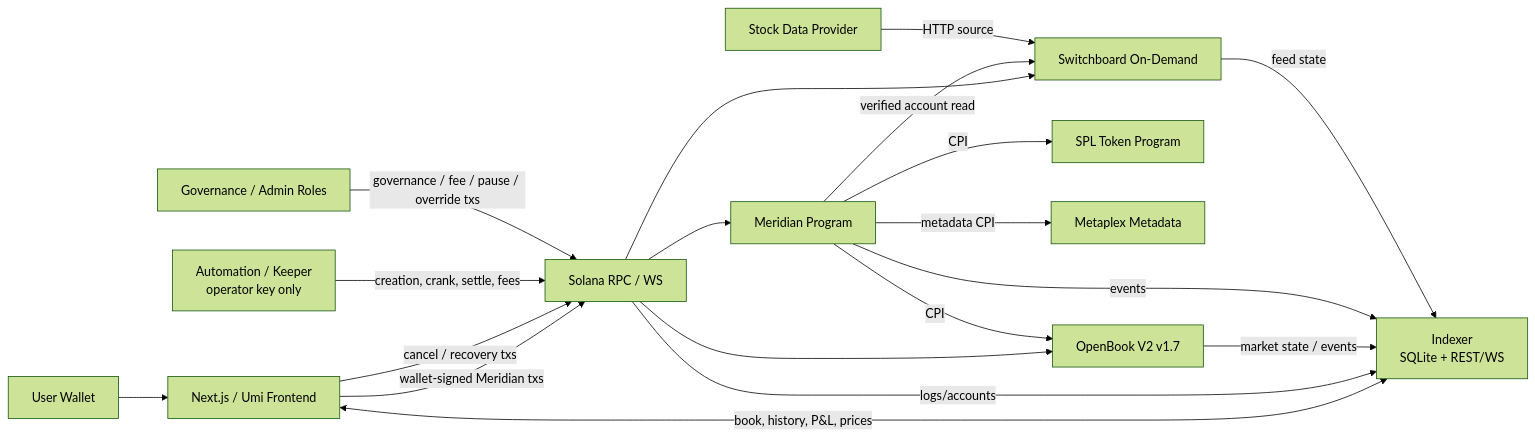
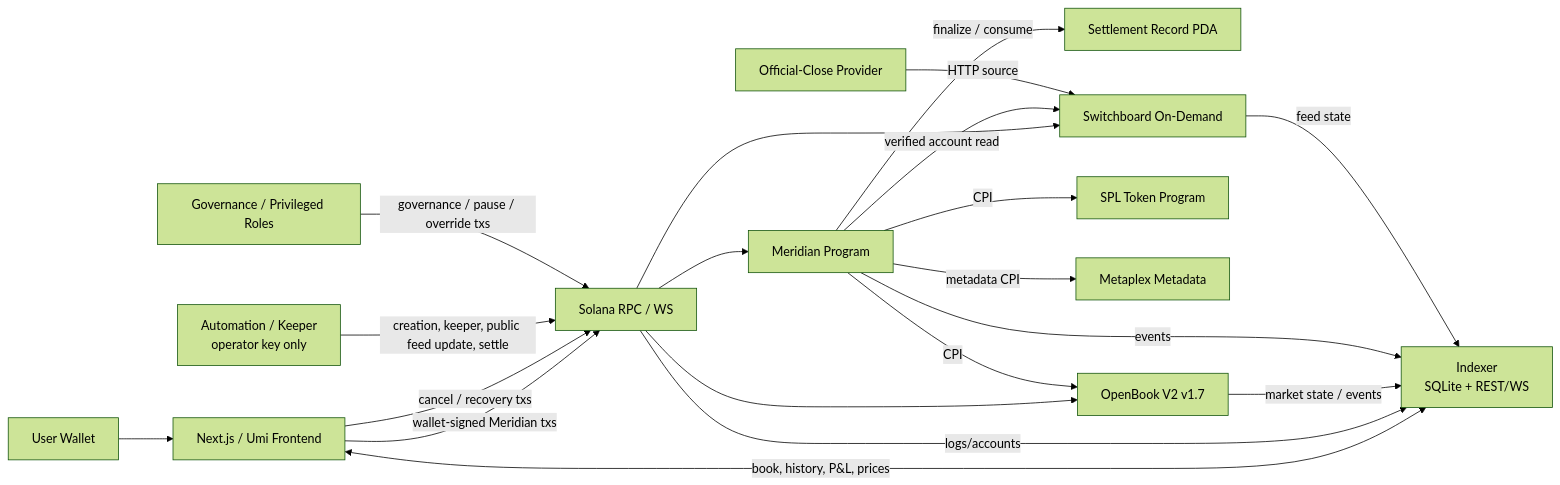
Before and after one commit to hyetigran/peak6_pm: the first of 8 diagrams in docs/ARCHITECTURE.md, drawn with Mermaid (forest theme). The commit also changed other lines of this file and 53 other files, not shown here.

````diff
--- a/docs/ARCHITECTURE.md
+++ b/docs/ARCHITECTURE.md
@@ -102,40 +109,42 @@
 ```mermaid
 flowchart LR
     U[User Wallet]
     FE[Next.js / Umi Frontend]
     IDX[Indexer<br/>SQLite + REST/WS]
     AUTO[Automation / Keeper<br/>operator key only]
-    GOV[Governance / Admin Roles]
+    GOV[Governance / Privileged Roles]
     RPC[Solana RPC / WS]
 
     M[Meridian Program]
+    SR[Settlement Record PDA]
     OB[OpenBook V2 v1.7]
     SPL[SPL Token Program]
     MPL[Metaplex Metadata]
     SB[Switchboard On-Demand]
-    PRICE[Stock Data Provider]
+    PRICE[Official-Close Provider]
 
     U --> FE
     FE -->|wallet-signed Meridian txs| RPC
     FE -->|cancel / recovery txs| RPC
     FE <-->|book, history, P&L, prices| IDX
 
-    AUTO -->|creation, crank, settle, fees| RPC
-    GOV -->|governance / fee / pause / override txs| RPC
+    AUTO -->|creation, keeper, public feed update, settle| RPC
+    GOV -->|governance / pause / override txs| RPC
 
     RPC --> M
     RPC --> OB
     RPC --> SB
 
     M -->|CPI| OB
     M -->|CPI| SPL
     M -->|metadata CPI| MPL
     M -->|verified account read| SB
+    M -->|finalize / consume| SR
 
     PRICE -->|HTTP source| SB
 
     RPC -->|logs/accounts| IDX
     OB -->|market state / events| IDX
     M -->|events| IDX
     SB -->|feed state| IDX
 ```
````
